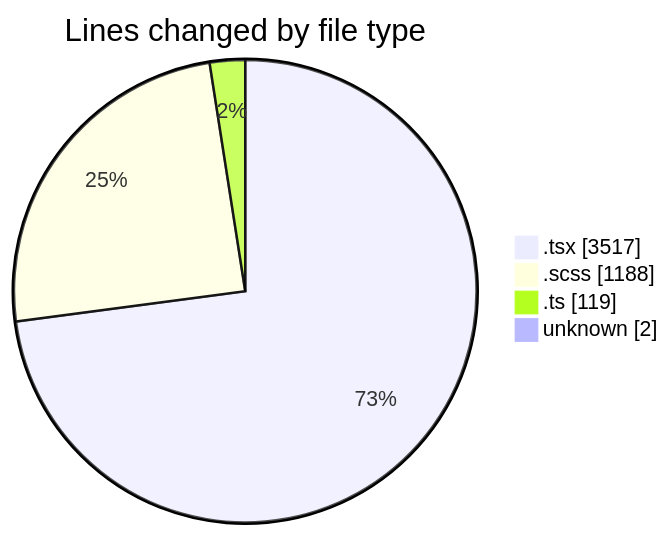
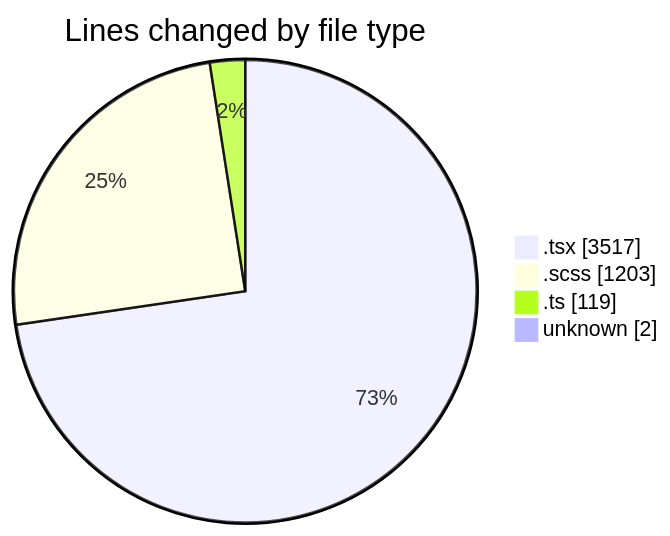
Before and after one commit to momahboobian/code-tracking: the first of 2 diagrams in 2025-06-13/cda/README.md, drawn with Mermaid. The commit also changed other lines of this file and 1 other file, not shown here.

````diff
--- a/2025-06-13/cda/README.md
+++ b/2025-06-13/cda/README.md
@@ -39,8 +39,8 @@
 ```mermaid
 pie showData
 title Lines changed by file type
 ".tsx" : 3517
-".scss" : 1188
+".scss" : 1203
 ".ts" : 119
 "unknown" : 2
 ```
````
